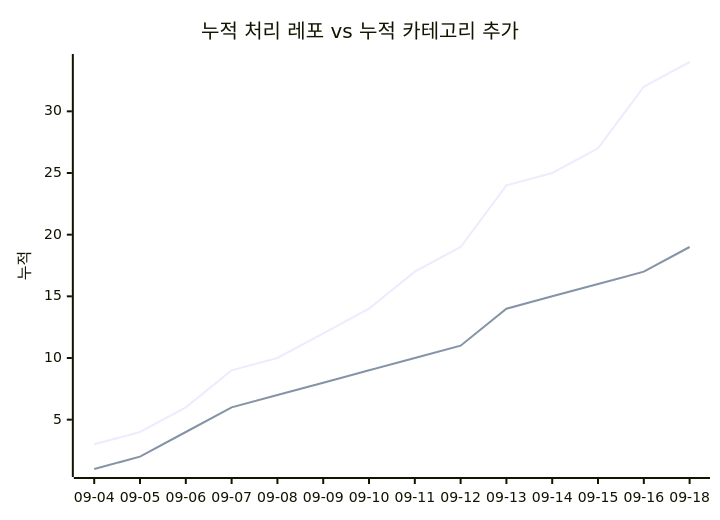
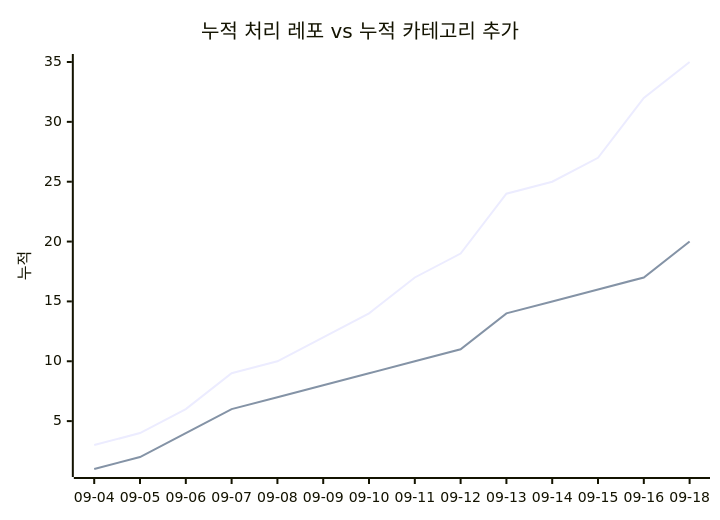
One commit to J-nowcow/awesome-korean-agent-skills changed the second of 2 diagrams in docs/trends.md. Above: the diagram before and after it, drawn with Mermaid. The commit also changed other lines of this file and 3 other files, not shown here.

````diff
--- a/docs/trends.md
+++ b/docs/trends.md
@@ -68,8 +68,8 @@
 ```mermaid
 xychart-beta
     title "누적 처리 레포 vs 누적 카테고리 추가"
     x-axis ["09-04","09-05","09-06","09-07","09-08","09-09","09-10","09-11","09-12","09-13","09-14","09-15","09-16","09-18"]
     y-axis "누적"
-    line [3,4,6,9,10,12,14,17,19,24,25,27,32,34]
-    line [1,2,4,6,7,8,9,10,11,14,15,16,17,19]
+    line [3,4,6,9,10,12,14,17,19,24,25,27,32,35]
+    line [1,2,4,6,7,8,9,10,11,14,15,16,17,20]
 ```
````
